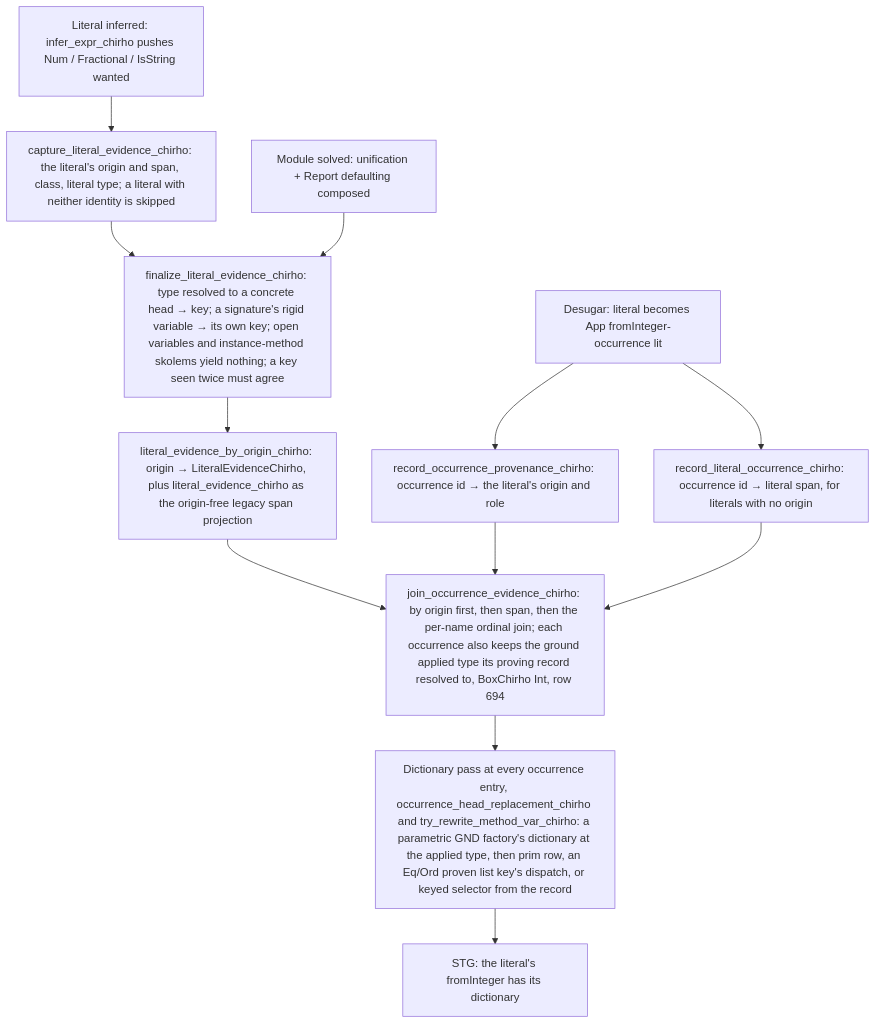
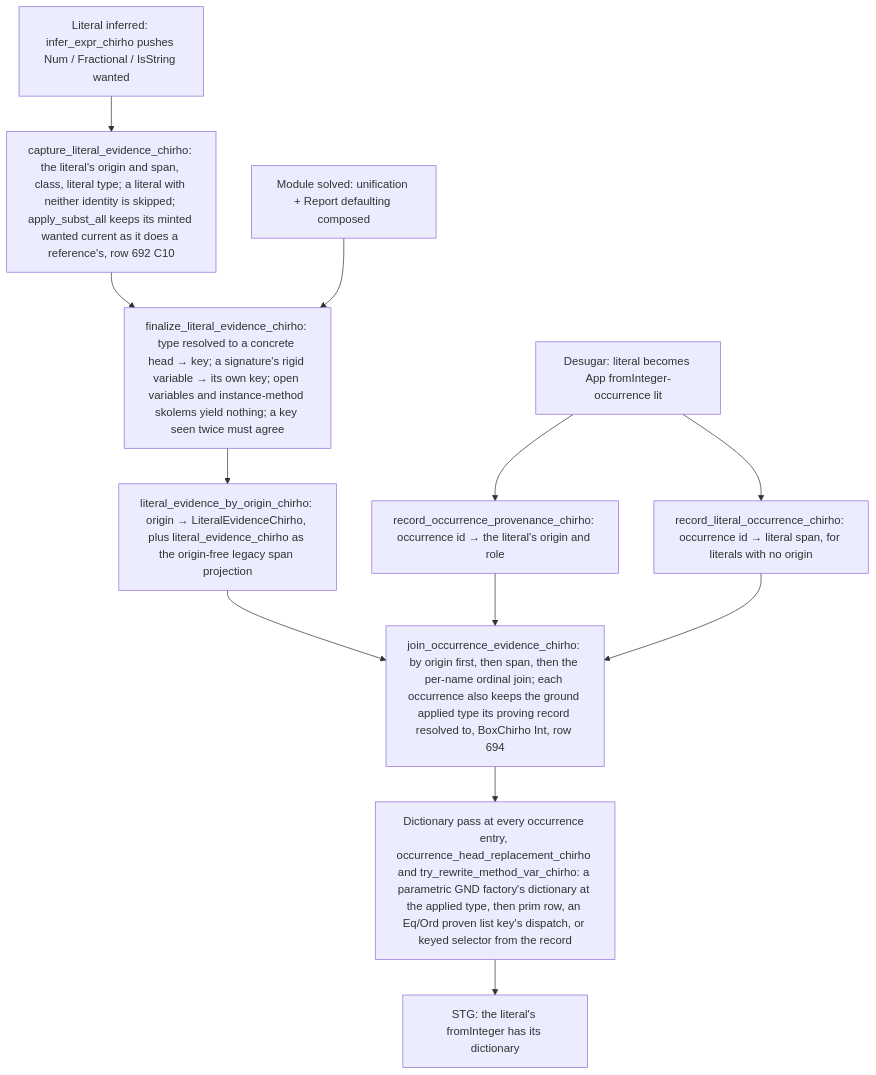
One commit to loveJesus/haskelujah-chirho changed the first of 20 diagrams in spec-chirho/workflows-chirho/language-features-chirho/dictionary-evidence-chirho.md. Above: the diagram before and after it, drawn with Mermaid. The commit also changed other lines of this file and 2 other files, not shown here.

Commit message:
Map literal captures through every substitution event Chirho
C10 P1 (gpt #32909), from frozen b35f619f. apply_subst_all_chirho maps a
literal capture's minted wanted through each substitution, proof and
arguments kept, exactly as it maps reference and occurrence captures. An
instance method's own solution never reaches the module composition that
finalization reads, so the literal 1 in a program's own
`instance Num Int where fromInteger v = Prelude.fromInteger v + 1` used to
publish no record; Core then took the spelled fromInteger, which re-entered
that very method (trace #32892, source read #32905).

Adds an instance-local literal evidence regression and records the event in
the dictionary-evidence workflow. All original C10 fixtures are unchanged.
Uncompiled and unrun: no GO yet.

Agent-Identity-Chirho: HASKELUJAH/claude_chirho
Work-Item-Chirho: row-692-chirho
Authority-Chirho: delegated-reversible-chirho
Claude-Session: https://claude.ai/code/session_01LRrgFGkGctAoiJg84HUmpx

````diff
--- a/spec-chirho/workflows-chirho/language-features-chirho/dictionary-evidence-chirho.md
+++ b/spec-chirho/workflows-chirho/language-features-chirho/dictionary-evidence-chirho.md
@@ -12,17 +12,17 @@
 ```mermaid
 flowchart TD
     lit_chirho[Literal inferred: infer_expr_chirho pushes Num / Fractional / IsString wanted]
-    lit_chirho --> capture_chirho[capture_literal_evidence_chirho: the literal's origin and span, class, literal type; a literal with neither identity is skipped]
+    lit_chirho --> capture_chirho[capture_literal_evidence_chirho: the literal's origin and span, class, literal type; a literal with neither identity is skipped; apply_subst_all keeps its minted wanted current as it does a reference's, row 692 C10]
     solve_chirho[Module solved: unification + Report defaulting composed]
     capture_chirho --> finalize_chirho[finalize_literal_evidence_chirho: type resolved to a concrete head → key; a signature's rigid variable → its own key; open variables and instance-method skolems yield nothing; a key seen twice must agree]
     solve_chirho --> finalize_chirho
     finalize_chirho --> result_chirho[literal_evidence_by_origin_chirho: origin → LiteralEvidenceChirho, plus literal_evidence_chirho as the origin-free legacy span projection]
     desugar_chirho[Desugar: literal becomes App fromInteger-occurrence lit]
     desugar_chirho --> prov_chirho[record_occurrence_provenance_chirho: occurrence id → the literal's origin and role]
     desugar_chirho --> spans_chirho[record_literal_occurrence_chirho: occurrence id → literal span, for literals with no origin]
     result_chirho --> join_chirho[join_occurrence_evidence_chirho: by origin first, then span, then the per-name ordinal join; each occurrence also keeps the ground applied type its proving record resolved to, BoxChirho Int, row 694]
     prov_chirho --> join_chirho
     spans_chirho --> join_chirho
     join_chirho --> pass_chirho[Dictionary pass at every occurrence entry, occurrence_head_replacement_chirho and try_rewrite_method_var_chirho: a parametric GND factory's dictionary at the applied type, then prim row, an Eq/Ord proven list key's dispatch, or keyed selector from the record]
     pass_chirho --> stg_chirho[STG: the literal's fromInteger has its dictionary]
 ```
````
